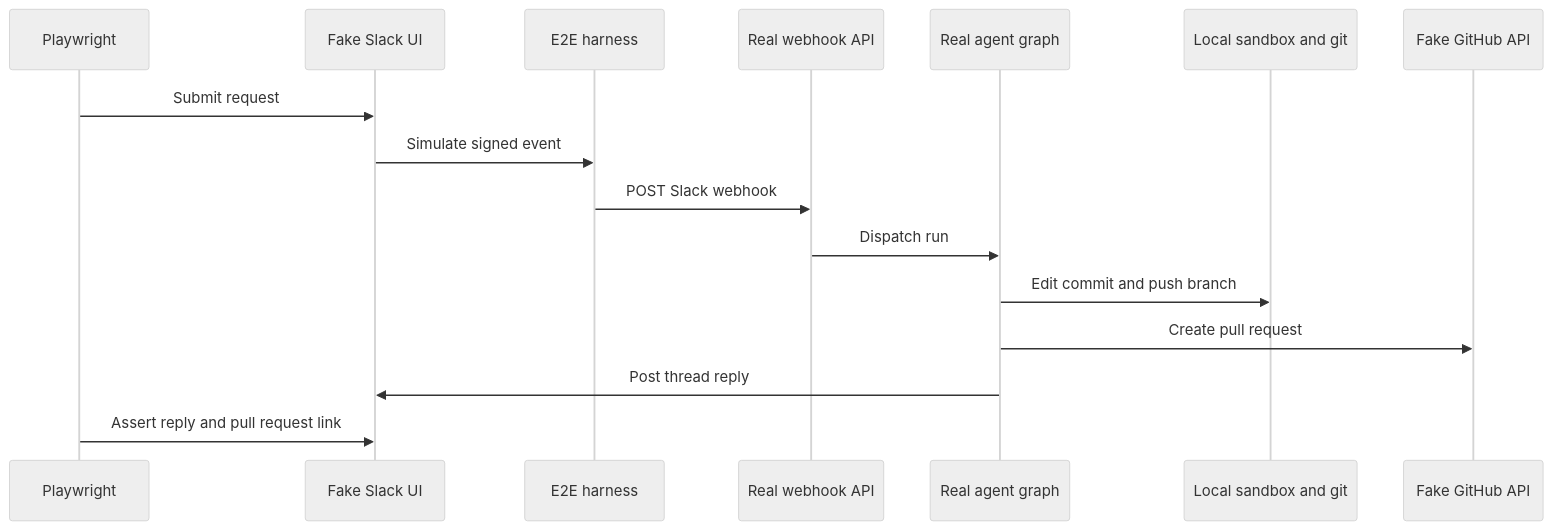
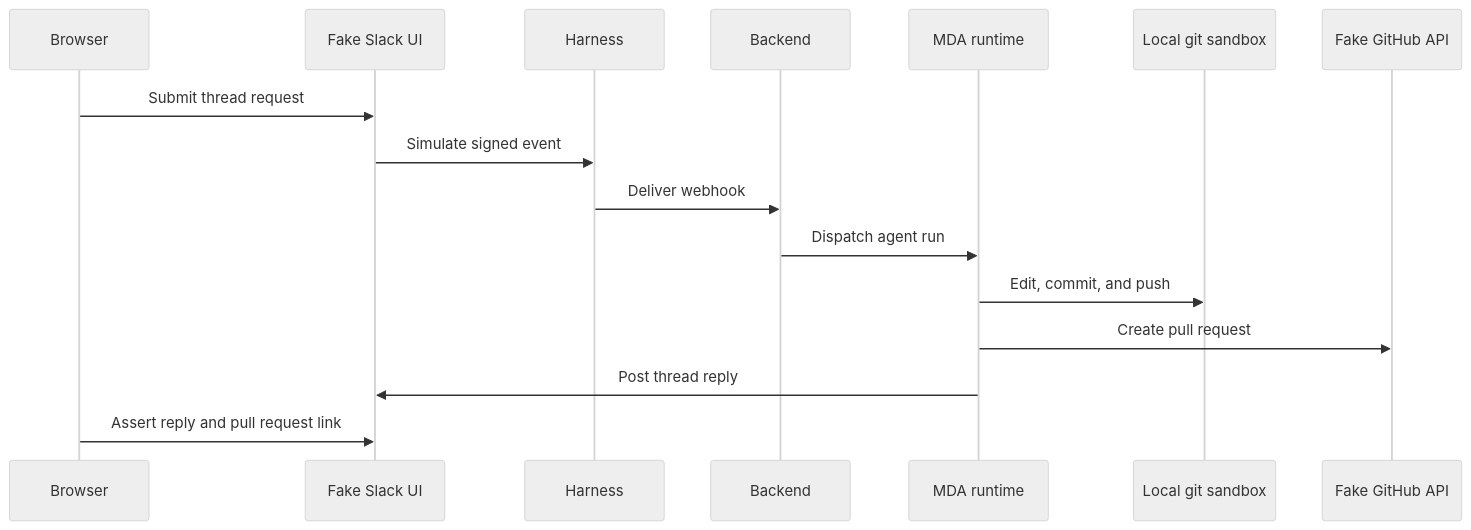
One commit to langchain-ai/open-swe changed the second of 2 diagrams in openwiki/testing/overview.md. Above: the diagram before and after it, drawn with Mermaid (neutral theme). The commit also changed other lines of this file and 78 other files, not shown here.

````diff
--- a/openwiki/testing/overview.md
+++ b/openwiki/testing/overview.md
@@ -131,18 +131,18 @@
 ```mermaid
 sequenceDiagram
-    participant PW as Playwright
+    participant Browser
     participant Slack as Fake Slack UI
-    participant Harness as E2E harness
-    participant API as Real webhook API
-    participant Agent as Real agent graph
-    participant Git as Local sandbox and git
-    participant Hub as Fake GitHub API
-    PW->>Slack: Submit request
+    participant Harness
+    participant Backend
+    participant Runtime as MDA runtime
+    participant Git as Local git sandbox
+    participant GitHub as Fake GitHub API
+    Browser->>Slack: Submit thread request
     Slack->>Harness: Simulate signed event
-    Harness->>API: POST Slack webhook
-    API->>Agent: Dispatch run
-    Agent->>Git: Edit commit and push branch
-    Agent->>Hub: Create pull request
-    Agent->>Slack: Post thread reply
-    PW->>Slack: Assert reply and pull request link
+    Harness->>Backend: Deliver webhook
+    Backend->>Runtime: Dispatch agent run
+    Runtime->>Git: Edit, commit, and push
+    Runtime->>GitHub: Create pull request
+    Runtime->>Slack: Post thread reply
+    Browser->>Slack: Assert reply and pull request link
 ```
````
